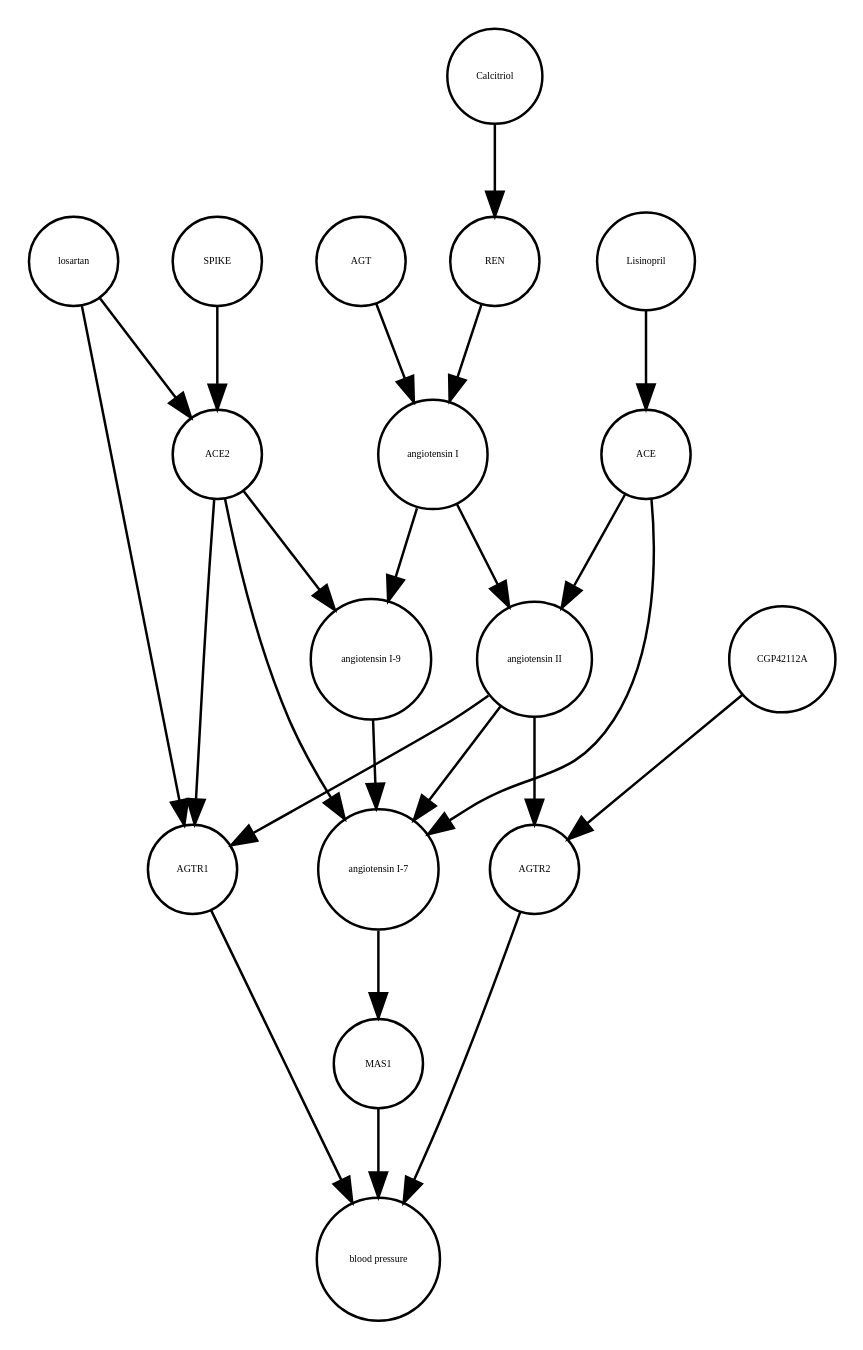
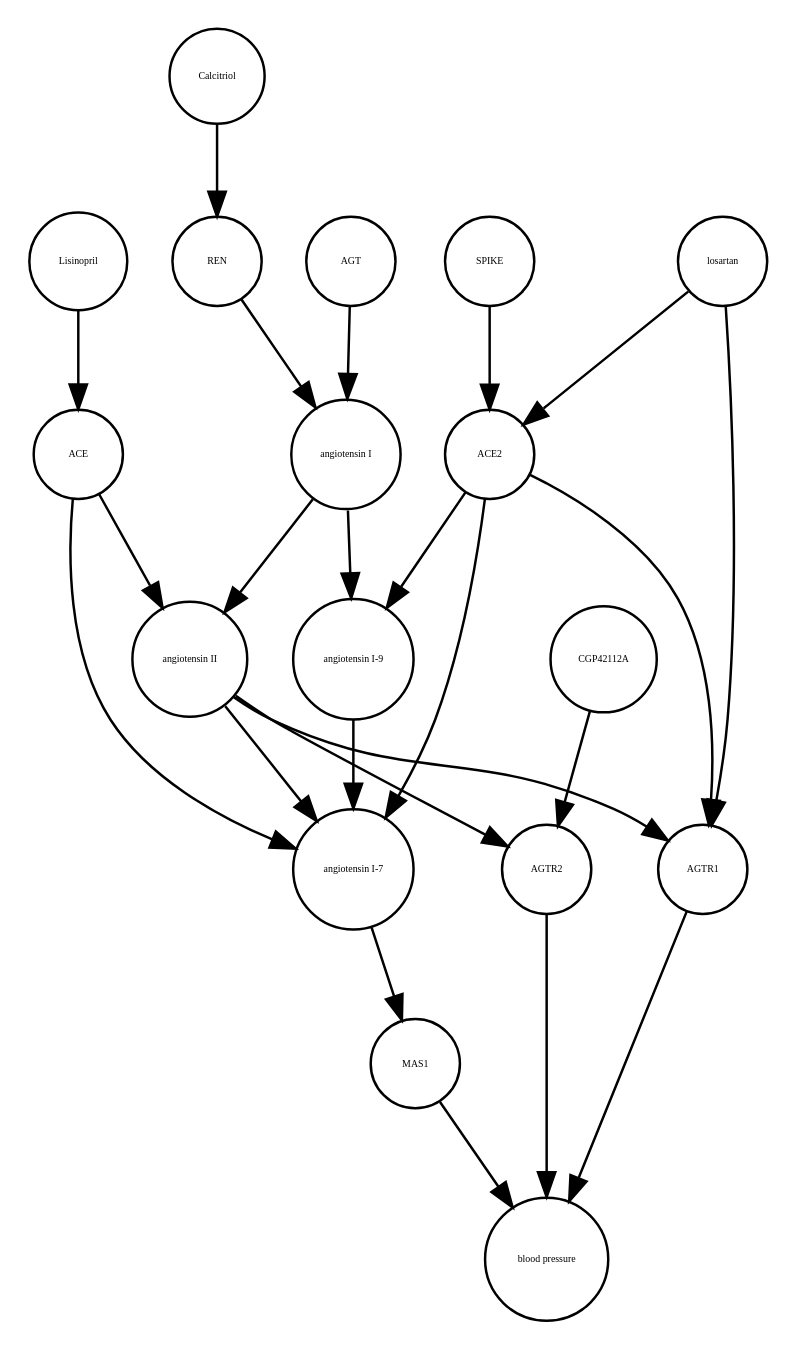
One commit to cannin/covid19-sbgn changed the diagram in Role_of_spike_ACE2_interaction_in_pulmonary_blood_pressure_regulation_v3.xml_projected.dot. Above: the diagram before and after it, drawn with Graphviz. The commit also changed other lines of this file and 637 other files, not shown here.

```diff
--- a/Role_of_spike_ACE2_interaction_in_pulmonary_blood_pressure_regulation_v3.xml_projected.dot
+++ b/Role_of_spike_ACE2_interaction_in_pulmonary_blood_pressure_regulation_v3.xml_projected.dot
@@ -1,42 +1,42 @@
 strict digraph  {
 MAS1 [annotation="", bipartite=0, cls=macromolecule, fontsize=4, label=MAS1, shape=circle];
 "blood pressure" [annotation="", bipartite=0, cls=phenotype, fontsize=4, label="blood pressure", shape=circle];
 AGTR2 [annotation="", bipartite=0, cls=macromolecule, fontsize=4, label=AGTR2, shape=circle];
 AGTR1 [annotation="", bipartite=0, cls=macromolecule, fontsize=4, label=AGTR1, shape=circle];
+Calcitriol [annotation="", bipartite=0, cls="simple chemical", fontsize=4, label=Calcitriol, shape=circle];
+"angiotensin I" [annotation="", bipartite=0, cls="simple chemical", fontsize=4, label="angiotensin I", shape=circle];
+AGT [annotation="", bipartite=0, cls=macromolecule, fontsize=4, label=AGT, shape=circle];
+ACE2 [annotation="", bipartite=0, cls=macromolecule, fontsize=4, label=ACE2, shape=circle];
+"angiotensin II" [annotation="", bipartite=0, cls="simple chemical", fontsize=4, label="angiotensin II", shape=circle];
+Lisinopril [annotation="", bipartite=0, cls="simple chemical", fontsize=4, label=Lisinopril, shape=circle];
 ACE [annotation="", bipartite=0, cls=macromolecule, fontsize=4, label=ACE, shape=circle];
-losartan [annotation="", bipartite=0, cls="simple chemical", fontsize=4, label=losartan, shape=circle];
-Calcitriol [annotation="", bipartite=0, cls="simple chemical", fontsize=4, label=Calcitriol, shape=circle];
-REN [annotation="", bipartite=0, cls=macromolecule, fontsize=4, label=REN, shape=circle];
-AGT [annotation="", bipartite=0, cls=macromolecule, fontsize=4, label=AGT, shape=circle];
-"angiotensin II" [annotation="", bipartite=0, cls="simple chemical", fontsize=4, label="angiotensin II", shape=circle];
-"angiotensin I-9" [annotation="", bipartite=0, cls="simple chemical", fontsize=4, label="angiotensin I-9", shape=circle];
-ACE2 [annotation="", bipartite=0, cls=macromolecule, fontsize=4, label=ACE2, shape=circle];
-Lisinopril [annotation="", bipartite=0, cls="simple chemical", fontsize=4, label=Lisinopril, shape=circle];
-"angiotensin I-7" [annotation="", bipartite=0, cls="simple chemical", fontsize=4, label="angiotensin I-7", shape=circle];
 SPIKE [annotation="", bipartite=0, cls=macromolecule, fontsize=4, label=SPIKE, shape=circle];
 CGP42112A [annotation="", bipartite=0, cls="simple chemical", fontsize=4, label=CGP42112A, shape=circle];
-"angiotensin I" [annotation="", bipartite=0, cls="simple chemical", fontsize=4, label="angiotensin I", shape=circle];
+REN [annotation="", bipartite=0, cls=macromolecule, fontsize=4, label=REN, shape=circle];
+"angiotensin I-7" [annotation="", bipartite=0, cls="simple chemical", fontsize=4, label="angiotensin I-7", shape=circle];
+losartan [annotation="", bipartite=0, cls="simple chemical", fontsize=4, label=losartan, shape=circle];
+"angiotensin I-9" [annotation="", bipartite=0, cls="simple chemical", fontsize=4, label="angiotensin I-9", shape=circle];
 MAS1 -> "blood pressure"  [annotation="", interaction_type=inhibition];
 AGTR2 -> "blood pressure"  [annotation="", interaction_type=inhibition];
 AGTR1 -> "blood pressure"  [annotation="", interaction_type=stimulation];
+Calcitriol -> REN  [annotation="", interaction_type=inhibition];
+"angiotensin I" -> "angiotensin I-9"  [annotation="", interaction_type=production];
+"angiotensin I" -> "angiotensin II"  [annotation="", interaction_type=production];
+AGT -> "angiotensin I"  [annotation="", interaction_type=production];
+ACE2 -> "angiotensin I-9"  [annotation="", interaction_type=catalysis];
+ACE2 -> "angiotensin I-7"  [annotation="", interaction_type=catalysis];
+ACE2 -> AGTR1  [annotation="", interaction_type=production];
+"angiotensin II" -> AGTR2  [annotation="", interaction_type=production];
+"angiotensin II" -> AGTR1  [annotation="", interaction_type=modulation];
+"angiotensin II" -> "angiotensin I-7"  [annotation="", interaction_type=production];
+Lisinopril -> ACE  [annotation="", interaction_type=production];
+ACE -> "angiotensin I-7"  [annotation="", interaction_type=catalysis];
 ACE -> "angiotensin II"  [annotation="", interaction_type=catalysis];
-ACE -> "angiotensin I-7"  [annotation="", interaction_type=catalysis];
+SPIKE -> ACE2  [annotation="", interaction_type=production];
+CGP42112A -> AGTR2  [annotation="", interaction_type=production];
+REN -> "angiotensin I"  [annotation="", interaction_type=catalysis];
+"angiotensin I-7" -> MAS1  [annotation="", interaction_type=production];
 losartan -> AGTR1  [annotation="", interaction_type=production];
 losartan -> ACE2  [annotation="", interaction_type=production];
-Calcitriol -> REN  [annotation="", interaction_type=inhibition];
-REN -> "angiotensin I"  [annotation="", interaction_type=catalysis];
-AGT -> "angiotensin I"  [annotation="", interaction_type=production];
-"angiotensin II" -> AGTR1  [annotation="", interaction_type=modulation];
-"angiotensin II" -> AGTR2  [annotation="", interaction_type=production];
-"angiotensin II" -> "angiotensin I-7"  [annotation="", interaction_type=production];
 "angiotensin I-9" -> "angiotensin I-7"  [annotation="", interaction_type=production];
-ACE2 -> "angiotensin I-9"  [annotation="", interaction_type=catalysis];
-ACE2 -> AGTR1  [annotation="", interaction_type=production];
-ACE2 -> "angiotensin I-7"  [annotation="", interaction_type=catalysis];
-Lisinopril -> ACE  [annotation="", interaction_type=production];
-"angiotensin I-7" -> MAS1  [annotation="", interaction_type=production];
-SPIKE -> ACE2  [annotation="", interaction_type=production];
-CGP42112A -> AGTR2  [annotation="", interaction_type=production];
-"angiotensin I" -> "angiotensin II"  [annotation="", interaction_type=production];
-"angiotensin I" -> "angiotensin I-9"  [annotation="", interaction_type=production];
 }
```
